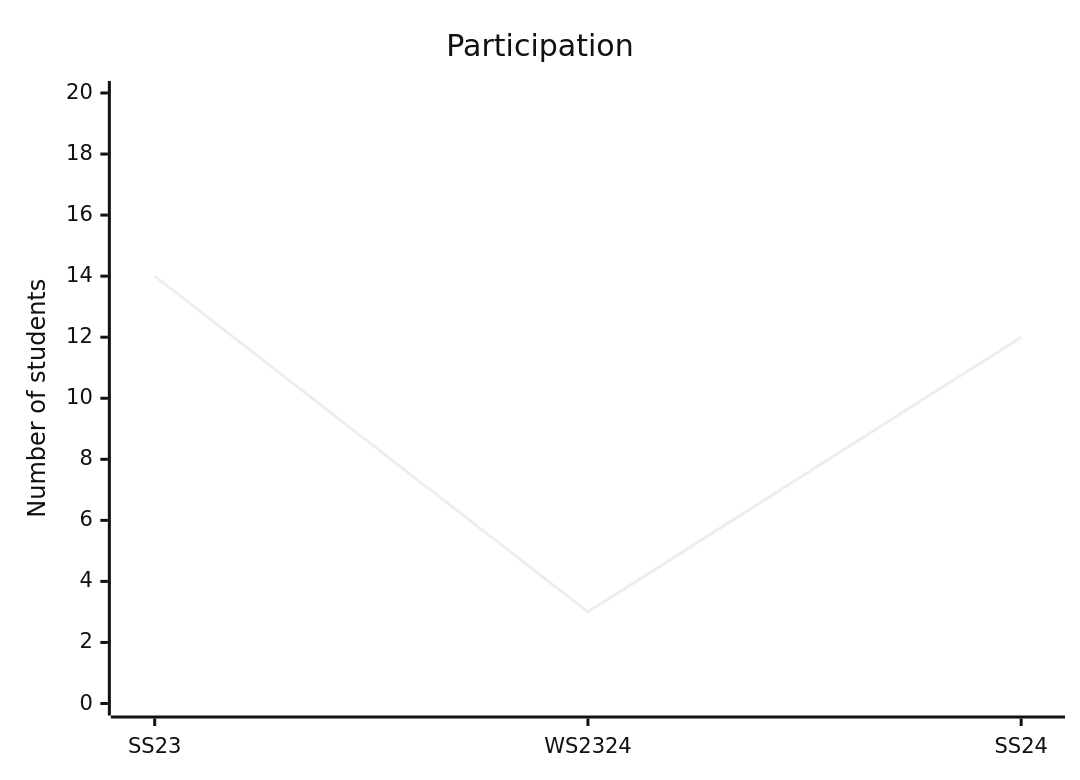
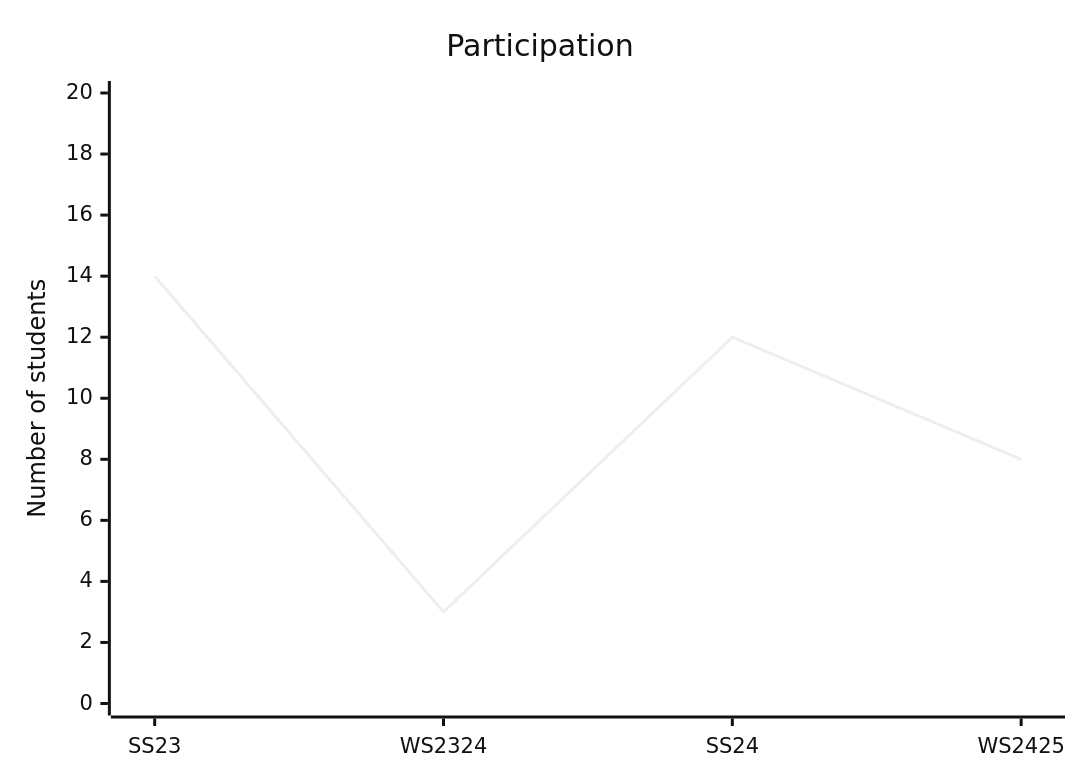
Before and after one commit to digital-work-lab/open-source-project: the second of 2 diagrams in docs/evaluations.md, drawn with Mermaid (neutral theme).

````diff
--- a/docs/evaluations.md
+++ b/docs/evaluations.md
@@ -33,7 +33,7 @@
 ```mermaid
 xychart-beta
     title "Participation"
-    x-axis [SS23, WS2324, SS24]
+    x-axis [SS23, WS2324, SS24, WS2425]
     y-axis "Number of students" 0 --> 20
-    line [14, 3, 12]
+    line [14, 3, 12, 8]
 ```
````
